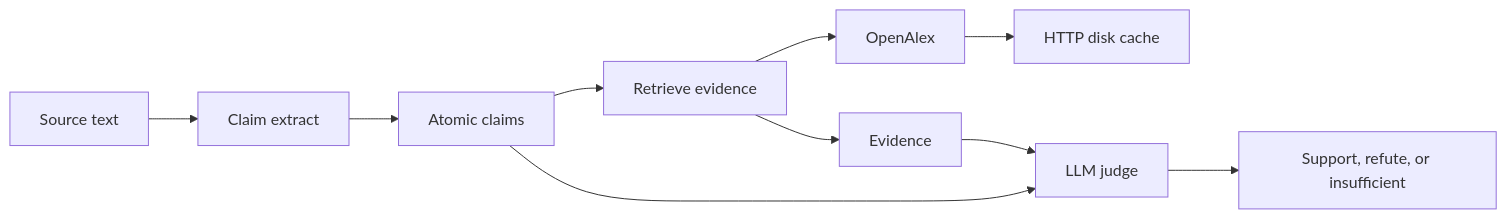
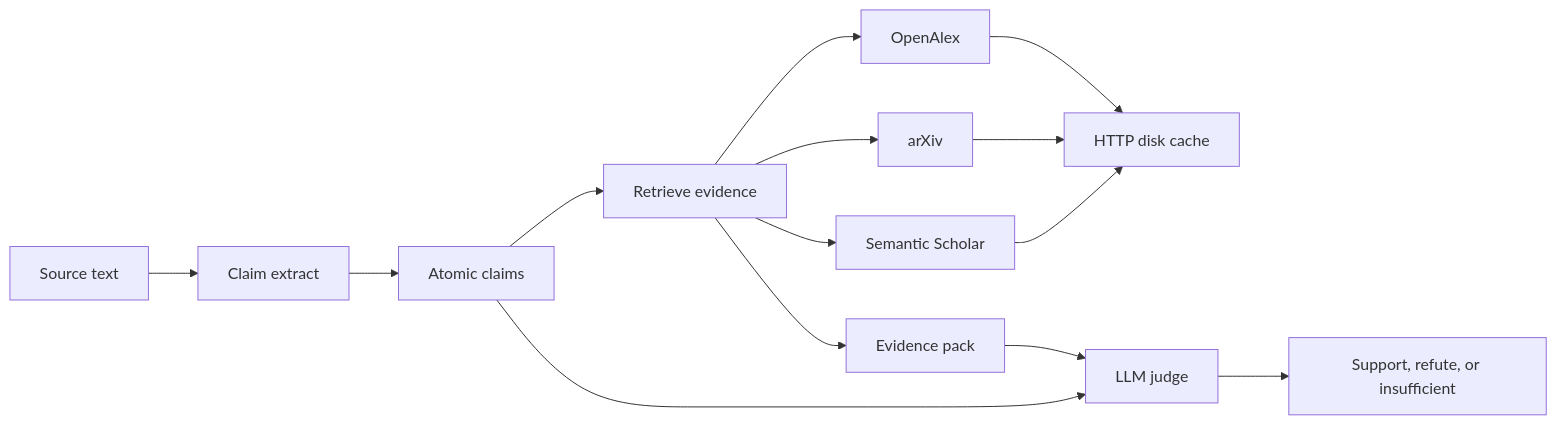
The diagram in README.md (shehbaz0101/claimforge), drawn with Mermaid before and after one commit. The commit also changed other lines of this file and 17 other files, not shown here.

First line of the commit message:
feat: retrieve evidence from OpenAlex, arXiv, and Semantic Scholar (#3)

````diff
--- a/README.md
+++ b/README.md
@@ -27,12 +29,16 @@
 ```mermaid
 flowchart LR
   source[Source text] --> extract[Claim extract]
   extract --> claims[Atomic claims]
   claims --> retrieve[Retrieve evidence]
   retrieve --> openalex[OpenAlex]
+  retrieve --> arxiv[arXiv]
+  retrieve --> s2[Semantic Scholar]
   openalex --> cache[HTTP disk cache]
-  retrieve --> evidence[Evidence]
+  arxiv --> cache
+  s2 --> cache
+  retrieve --> evidence[Evidence pack]
   claims --> judge[LLM judge]
   evidence --> judge
   judge --> verdict[Support, refute, or insufficient]
 ```
````
